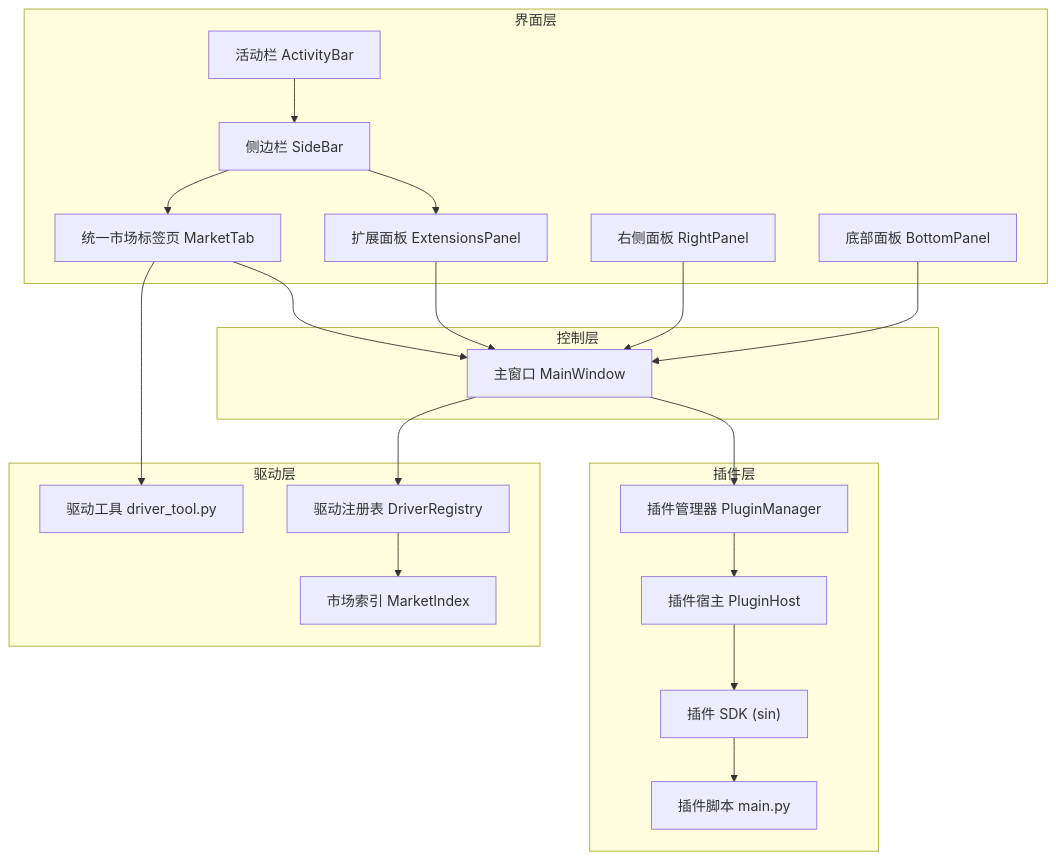
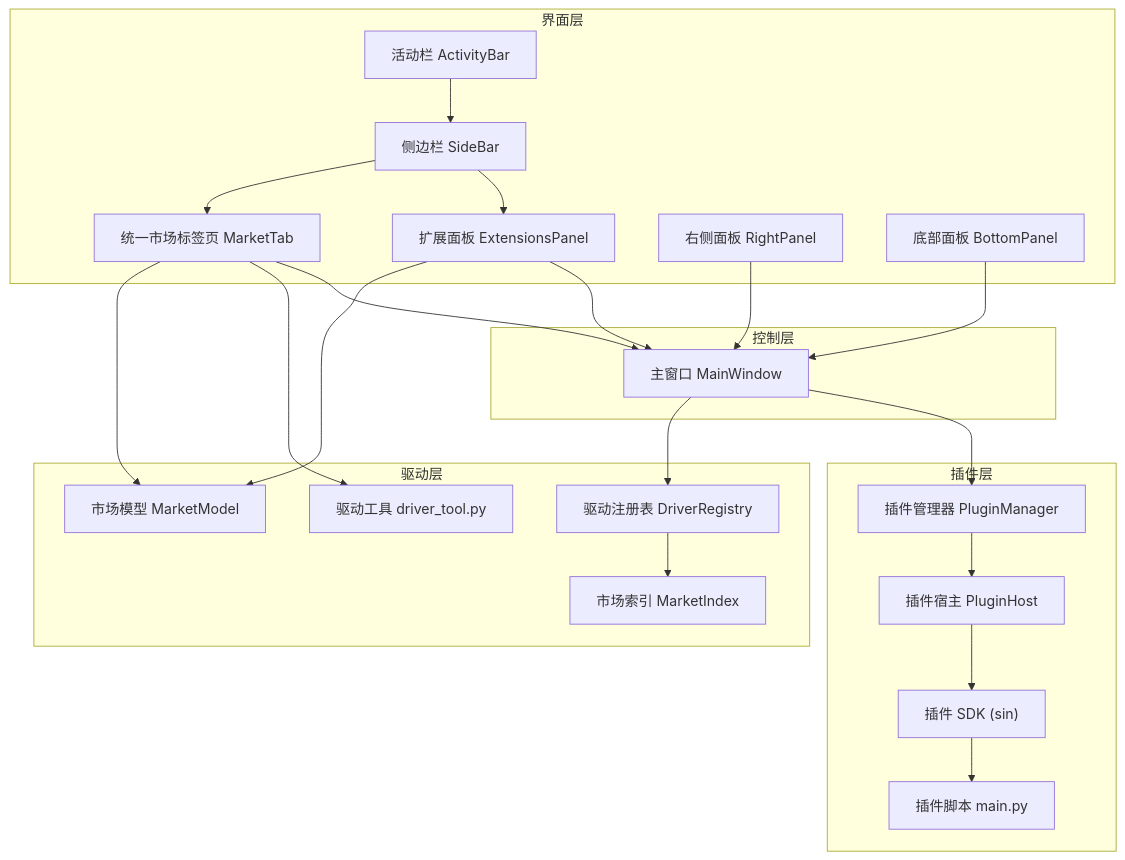
The first of 12 diagrams in .qoder/repowiki/zh/content/架构设计/插件系统架构/扩展面板系统.md (jakecai1225-design/OpenBus), drawn with Mermaid before and after one commit. The commit also changed other lines of this file and 67 other files, not shown here.

````diff
--- a/.qoder/repowiki/zh/content/架构设计/插件系统架构/扩展面板系统.md
+++ b/.qoder/repowiki/zh/content/架构设计/插件系统架构/扩展面板系统.md
@@ -62,39 +64,42 @@
 ```mermaid
 graph TB
 subgraph "界面层"
 AB["活动栏 ActivityBar"]
 SB["侧边栏 SideBar"]
 EP["扩展面板 ExtensionsPanel"]
 MT["统一市场标签页 MarketTab"]
 RP["右侧面板 RightPanel"]
 BP["底部面板 BottomPanel"]
 end
 subgraph "控制层"
 MW["主窗口 MainWindow"]
 end
 subgraph "插件层"
 PM["插件管理器 PluginManager"]
 PH["插件宿主 PluginHost"]
 SDK["插件 SDK (sin)"]
 PLG["插件脚本 main.py"]
 end
 subgraph "驱动层"
 DR["驱动注册表 DriverRegistry"]
 MI["市场索引 MarketIndex"]
 DT["驱动工具 driver_tool.py"]
+MM["市场模型 MarketModel"]
 end
 AB --> SB
 SB --> EP
 SB --> MT
 EP --> MW
 MT --> MW
 RP --> MW
 BP --> MW
 MW --> PM
 PM --> PH
 PH --> SDK
 SDK --> PLG
 MW --> DR
 DR --> MI
 MT --> DT
+MT --> MM
+EP --> MM
 ```
````
